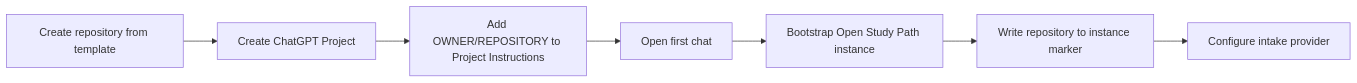
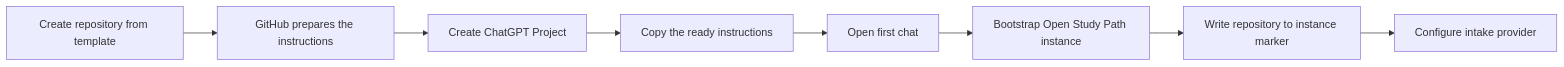
The diagram in docs/chatgpt-project-setup.md (diegomoura/open-study-path), drawn with Mermaid before and after one commit. The commit also changed other lines of this file, not shown here.

Commit message:
docs: document automatic repository binding

````diff
--- a/docs/chatgpt-project-setup.md
+++ b/docs/chatgpt-project-setup.md
@@ -13,9 +26,10 @@
 ```mermaid
 flowchart LR
-    T[Create repository from template] --> P[Create ChatGPT Project]
-    P --> I[Add OWNER/REPOSITORY to Project Instructions]
+    T[Create repository from template] --> A[GitHub prepares the instructions]
+    A --> P[Create ChatGPT Project]
+    P --> I[Copy the ready instructions]
     I --> C[Open first chat]
     C --> B[Bootstrap Open Study Path instance]
     B --> M[Write repository to instance marker]
     M --> S[Configure intake provider]
 ```
````
